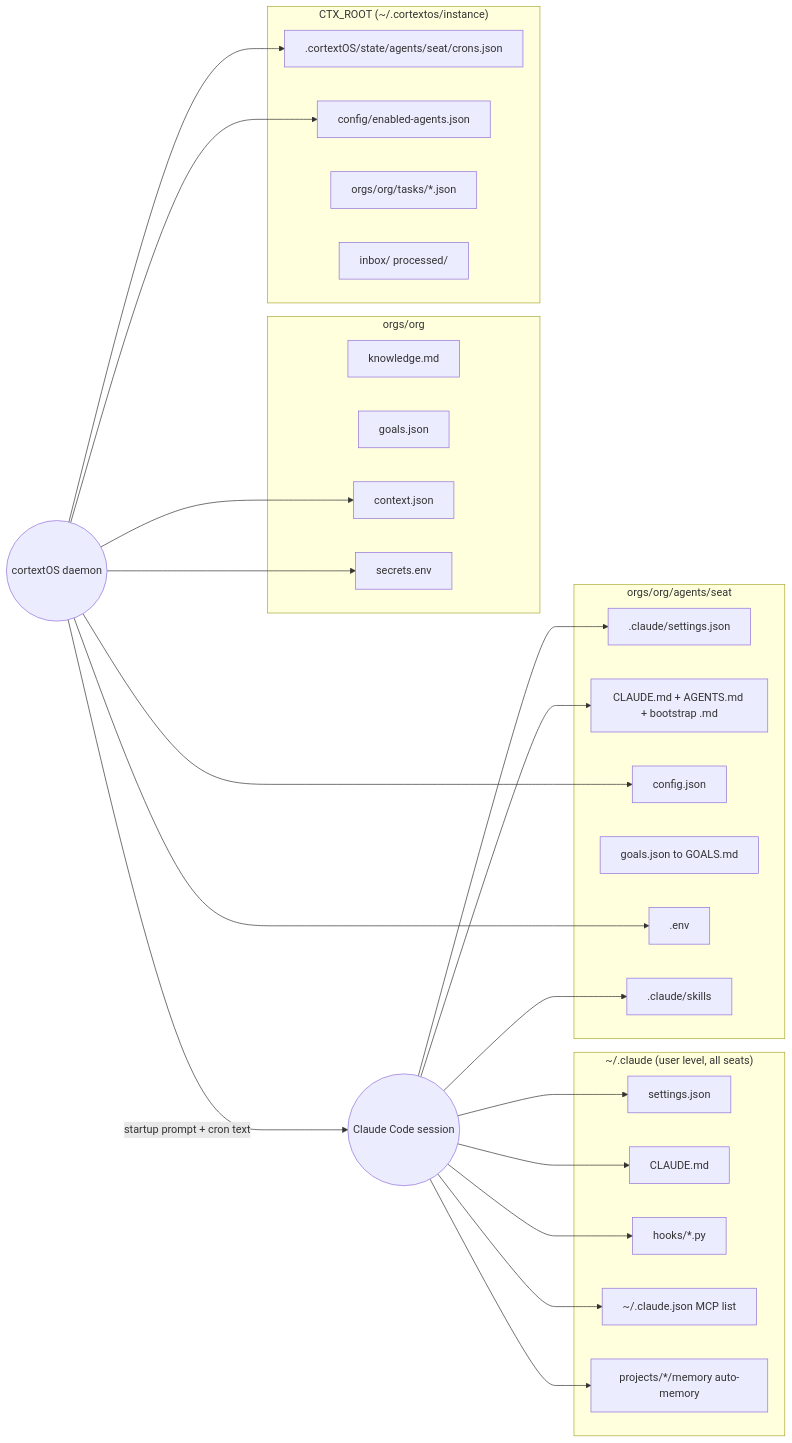
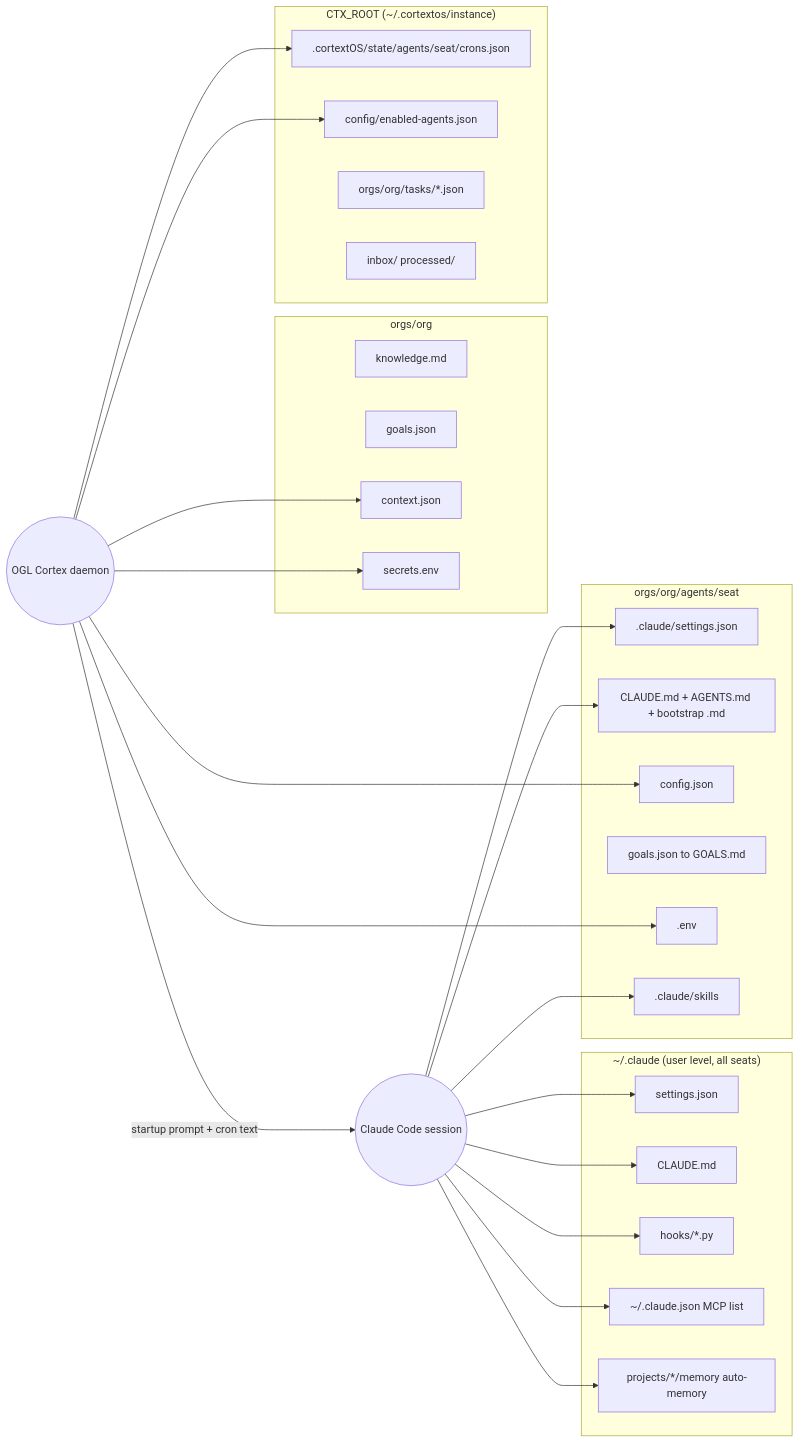
The first of 2 diagrams in docs/03-configuration-registry.md (nicoreincarnate-oss/ogl-cortex), drawn with Mermaid before and after one commit. The commit also changed other lines of this file and 88 other files, not shown here.

First line of the commit message:
Rename to OGL Cortex, memory architecture doc, harness tools, path consistency

````diff
--- a/docs/03-configuration-registry.md
+++ b/docs/03-configuration-registry.md
@@ -32,33 +32,33 @@
 ```mermaid
 flowchart LR
   subgraph User["~/.claude (user level, all seats)"]
     US[settings.json]
     UC[CLAUDE.md]
     UH["hooks/*.py"]
     UJ["~/.claude.json MCP list"]
     UA["projects/*/memory auto-memory"]
   end
   subgraph Seat["orgs/org/agents/seat"]
     SS[".claude/settings.json"]
     SC["CLAUDE.md + AGENTS.md + bootstrap .md"]
     CJ[config.json]
     GJ["goals.json to GOALS.md"]
     EN[".env"]
     SK[".claude/skills"]
   end
   subgraph Org["orgs/org"]
     OK[knowledge.md]
     OG[goals.json]
     OC[context.json]
     OS[secrets.env]
   end
   subgraph Runtime["CTX_ROOT (~/.cortextos/instance)"]
     CR[".cortextOS/state/agents/seat/crons.json"]
     EA["config/enabled-agents.json"]
     TK["orgs/org/tasks/*.json"]
     IB["inbox/ processed/"]
   end
-  Daemon((cortextOS daemon)) --> CJ & EN & OS & OC & CR & EA
+  Daemon((OGL Cortex daemon)) --> CJ & EN & OS & OC & CR & EA
   Claude((Claude Code session)) --> US & SS & UC & SC & UH & UJ & UA & SK
   Daemon -->|"startup prompt + cron text"| Claude
 ```
````
